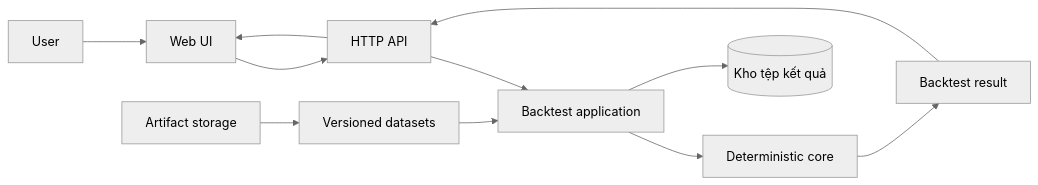
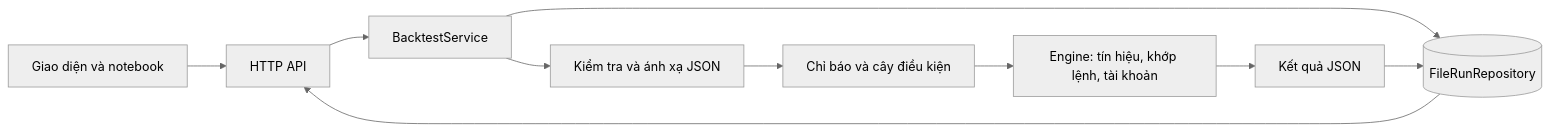
One commit to trivo-de/back-testing changed the first of 2 diagrams in docs/design/system-design.md. Above: the diagram before and after it, drawn with Mermaid (neutral theme). The commit also changed other lines of this file and 93 other files, not shown here.

Commit message:
refactor: rename package to backtesting_api and remove legacy v0 backtest flow

````diff
--- a/docs/design/system-design.md
+++ b/docs/design/system-design.md
@@ -68,13 +12,12 @@
 ```mermaid
 flowchart LR
-    U[User] --> W[Web UI]
-    W --> API[HTTP API]
-    API --> A[Backtest application]
-    D[Versioned datasets] --> A
-    A --> C[Deterministic core]
-    C --> R[Backtest result]
-    A --> F[(Kho tệp kết quả)]
-    O[Artifact storage] --> D
-    R --> API
-    API --> W
+    UI[Giao diện và notebook] --> API[HTTP API]
+    API --> APP[BacktestService]
+    APP --> DATA[Kiểm tra và ánh xạ JSON]
+    DATA --> STRAT[Chỉ báo và cây điều kiện]
+    STRAT --> ENGINE[Engine: tín hiệu, khớp lệnh, tài khoản]
+    ENGINE --> RESULT[Kết quả JSON]
+    APP --> STORE[(FileRunRepository)]
+    RESULT --> STORE
+    STORE --> API
 ```
````
